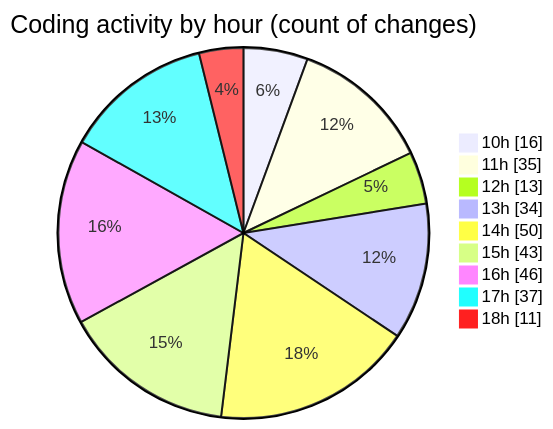
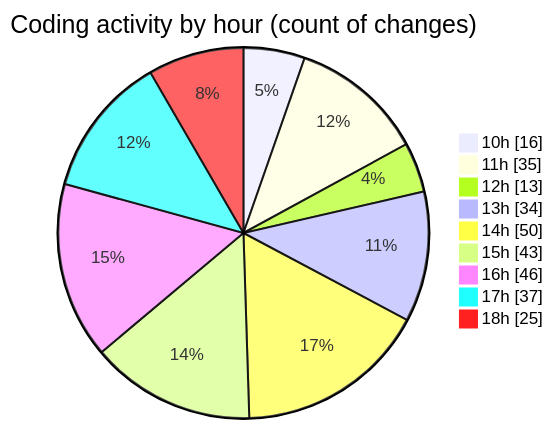
Before and after one commit to charlie-sans/code-tracking: the second of 2 diagrams in 2025-02-20/micros/README.md, drawn with Mermaid. The commit also changed other lines of this file and 1 other file, not shown here.

````diff
--- a/2025-02-20/micros/README.md
+++ b/2025-02-20/micros/README.md
@@ -73,13 +80,13 @@
 ```mermaid
 pie showData
 title Coding activity by hour (count of changes)
 "10h" : 16
 "11h" : 35
 "12h" : 13
 "13h" : 34
 "14h" : 50
 "15h" : 43
 "16h" : 46
 "17h" : 37
-"18h" : 11
+"18h" : 25
 ```
````
